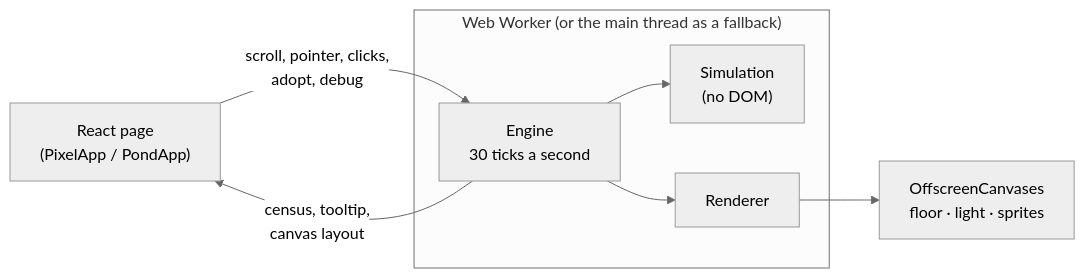
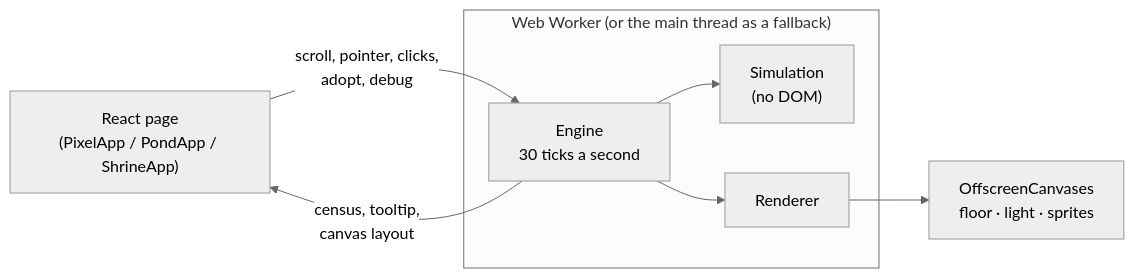
One commit to EvanDongChen/PortfolioSite changed the diagram in README.md. Above: the diagram before and after it, drawn with Mermaid (neutral theme). The commit also changed other lines of this file and 1 other file, not shown here.

Commit message:
Describe the shrine forest in the README

````diff
--- a/README.md
+++ b/README.md
@@ -121,10 +133,10 @@
 ```mermaid
 flowchart LR
-  page["React page<br/>(PixelApp / PondApp)"] -- "scroll, pointer, clicks,<br/>adopt, debug" --> engine
+  page["React page<br/>(PixelApp / PondApp / ShrineApp)"] -- "scroll, pointer, clicks,<br/>adopt, debug" --> engine
   engine -- "census, tooltip,<br/>canvas layout" --> page
   subgraph worker["Web Worker (or the main thread as a fallback)"]
     engine["Engine<br/>30 ticks a second"] --> sim["Simulation<br/>(no DOM)"]
     engine --> view["Renderer"]
   end
   view --> canvases["OffscreenCanvases<br/>floor · light · sprites"]
 ```
````
